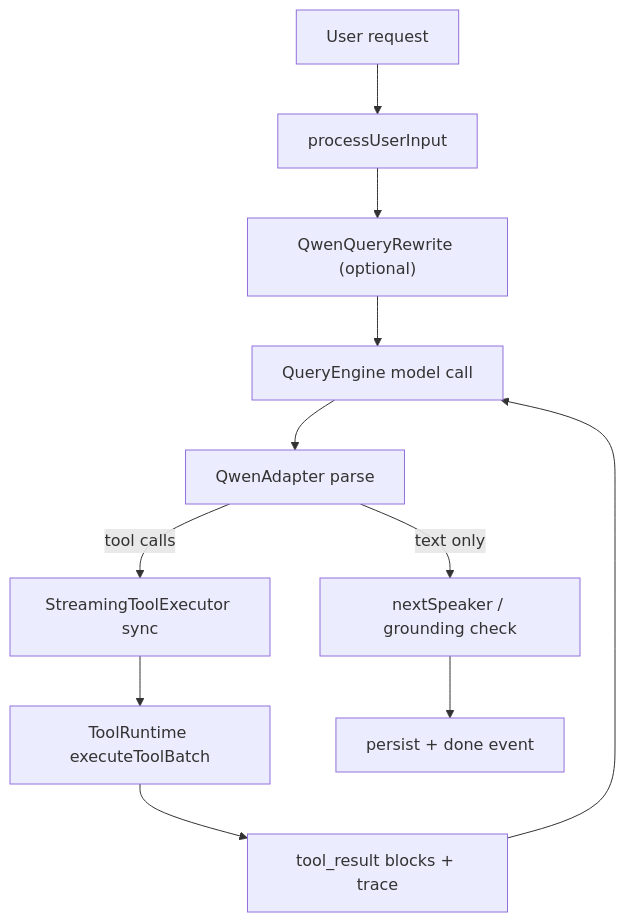
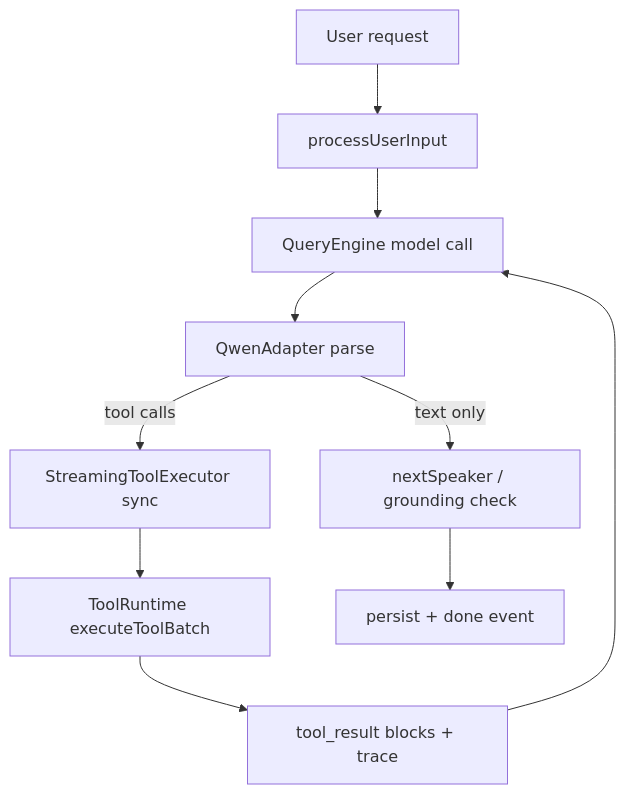
One commit to needitem/pixllm changed the diagram in docs/02-design/desktop_layered_tool_loop_architecture.md. Above: the diagram before and after it, drawn with Mermaid. The commit also changed other lines of this file and 30 other files, not shown here.

First line of the commit message:
Keep create flows grounded while pruning obsolete reference tests

````diff
--- a/docs/02-design/desktop_layered_tool_loop_architecture.md
+++ b/docs/02-design/desktop_layered_tool_loop_architecture.md
@@ -36,13 +35,12 @@
 ```mermaid
 flowchart TD
     A["User request"] --> B["processUserInput"]
-    B --> C["QwenQueryRewrite (optional)"]
-    C --> D["QueryEngine model call"]
+    B --> D["QueryEngine model call"]
     D --> E["QwenAdapter parse"]
     E -->|text only| F["nextSpeaker / grounding check"]
     E -->|tool calls| G["StreamingToolExecutor sync"]
     G --> H["ToolRuntime executeToolBatch"]
     H --> I["tool_result blocks + trace"]
     I --> D
     F --> J["persist + done event"]
 ```
````
